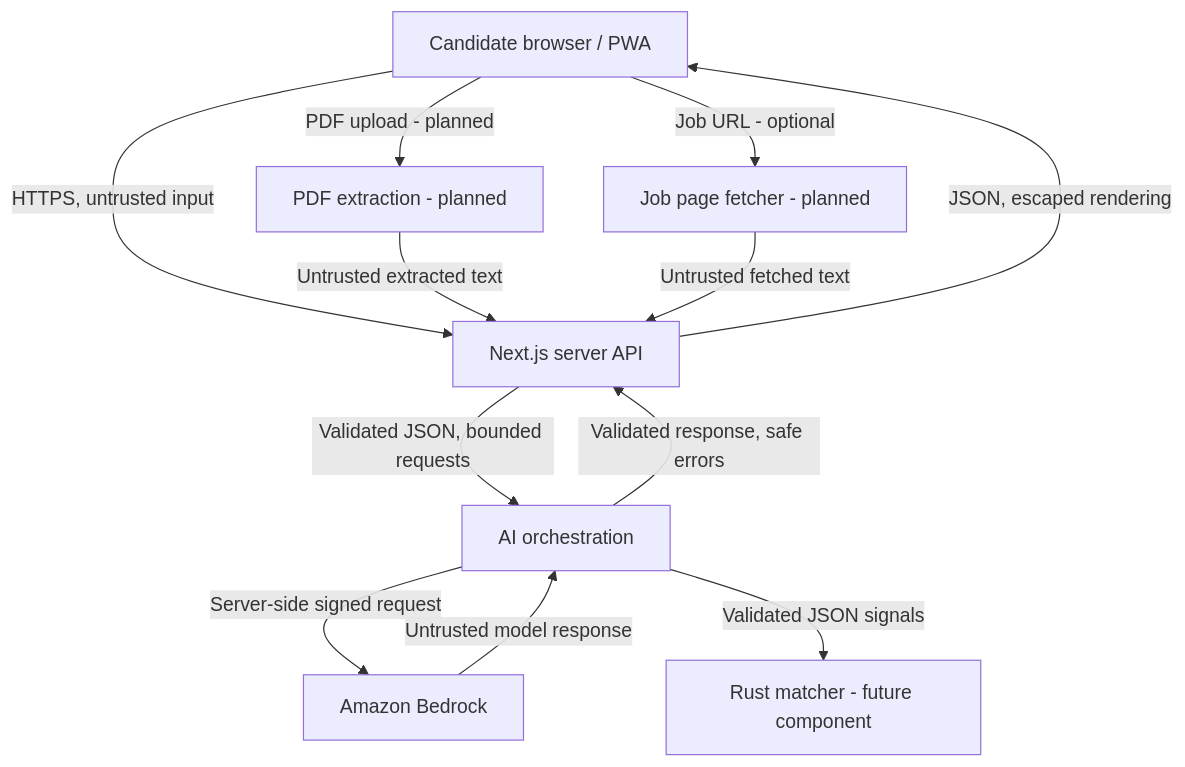
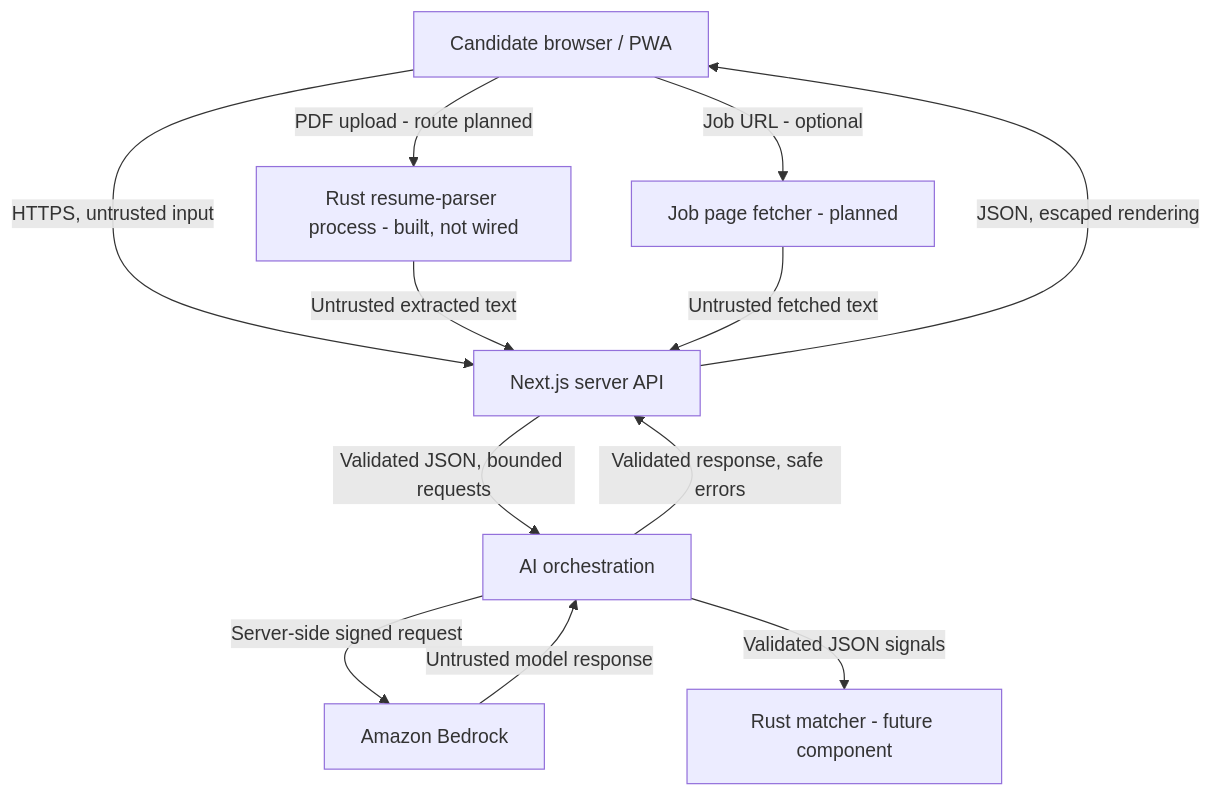
The diagram in docs/security/THREAT_MODEL.md (charlierichards13/ScaleMe), drawn with Mermaid before and after one commit. The commit also changed other lines of this file and 31 other files, not shown here.

Commit message:
feat(resume): add bounded Rust PDF-to-JSON parser for Issue #4

````diff
--- a/docs/security/THREAT_MODEL.md
+++ b/docs/security/THREAT_MODEL.md
@@ -19,14 +19,14 @@
 ```mermaid
 flowchart TB
   user[Candidate browser / PWA] -->|HTTPS, untrusted input| api[Next.js server API]
   api -->|Validated JSON, bounded requests| ai[AI orchestration]
   ai -->|Server-side signed request| bedrock[Amazon Bedrock]
   ai -->|Validated JSON signals| rust[Rust matcher - future component]
-  user -->|PDF upload - planned| parser[PDF extraction - planned]
+  user -->|PDF upload - route planned| parser[Rust resume-parser process - built, not wired]
   user -->|Job URL - optional| fetcher[Job page fetcher - planned]
   parser -->|Untrusted extracted text| api
   fetcher -->|Untrusted fetched text| api
   bedrock -->|Untrusted model response| ai
   ai -->|Validated response, safe errors| api
   api -->|JSON, escaped rendering| user
 ```
````
